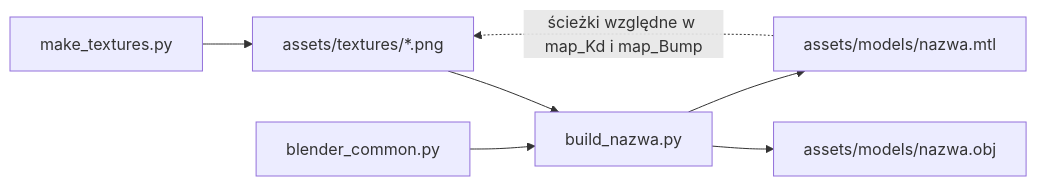
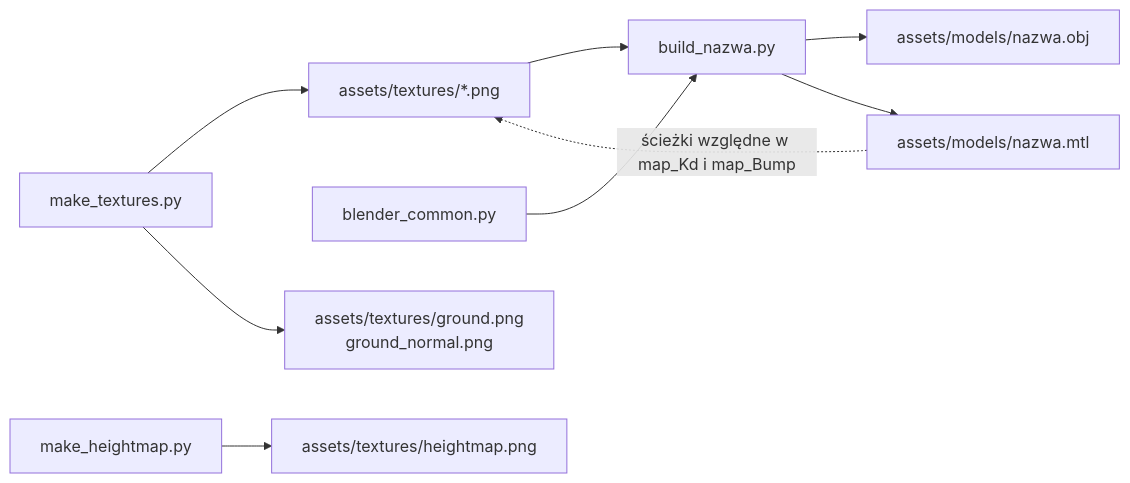
The first of 3 diagrams in docs/guides/blender.md (Shironex/night-maze), drawn with Mermaid before and after one commit. The commit also changed other lines of this file and 23 other files, not shown here.

````diff
--- a/docs/guides/blender.md
+++ b/docs/guides/blender.md
@@ -38,9 +46,11 @@
 ```mermaid
 flowchart LR
     T["make_textures.py"] --> P["assets/textures/*.png"]
     P --> B["build_nazwa.py"]
     C["blender_common.py"] --> B
     B --> O["assets/models/nazwa.obj"]
     B --> M["assets/models/nazwa.mtl"]
     M -.->|"ścieżki względne w map_Kd i map_Bump"| P
+    H["make_heightmap.py"] --> HP["assets/textures/heightmap.png"]
+    T --> G["assets/textures/ground.png<br/>ground_normal.png"]
 ```
````
